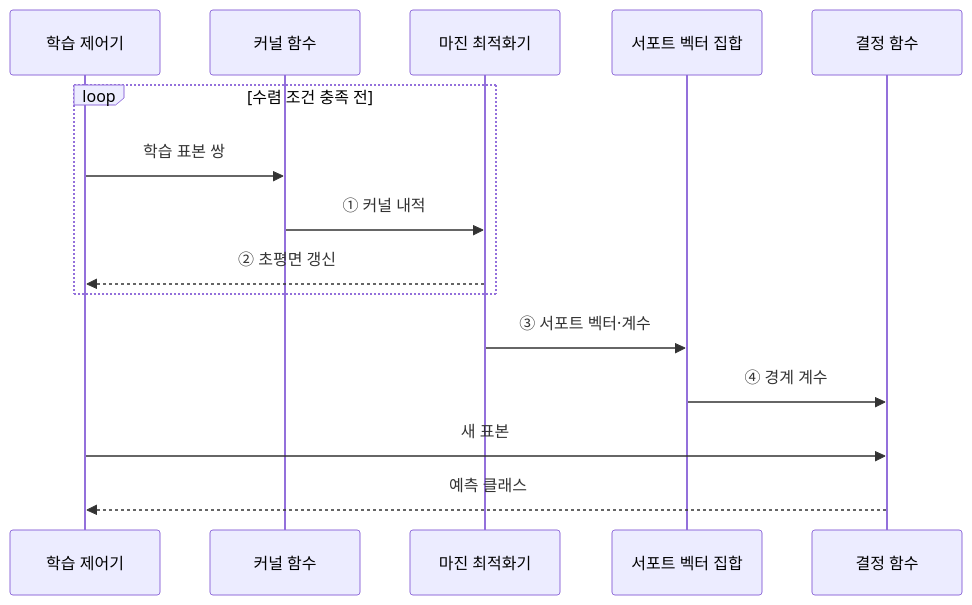
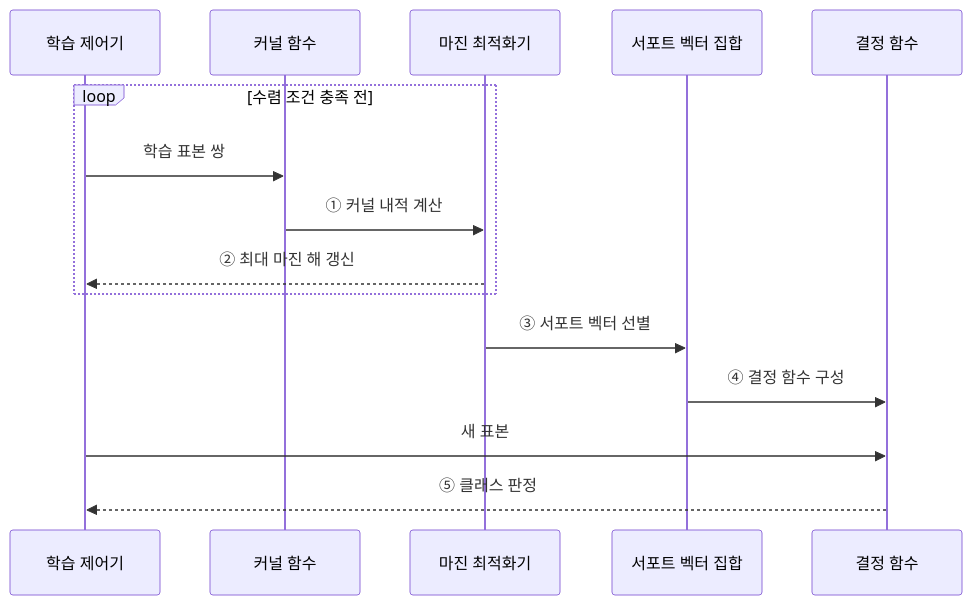
Before and after one commit to agnusdei1207/knowledge-base: the second of 2 diagrams in src/content/docs/notes/01-basic-theory/050_svm.md, drawn with Mermaid. The commit also changed other lines of this file and 19 other files, not shown here.

````diff
--- a/src/content/docs/notes/01-basic-theory/050_svm.md
+++ b/src/content/docs/notes/01-basic-theory/050_svm.md
@@ -84,17 +86,17 @@
 ```mermaid
 sequenceDiagram
     participant T as 학습 제어기
     participant K as 커널 함수
     participant O as 마진 최적화기
     participant S as 서포트 벡터 집합
     participant F as 결정 함수
     loop 수렴 조건 충족 전
         T->>K: 학습 표본 쌍
-        K->>O: ① 커널 내적
-        O-->>T: ② 초평면 갱신
+        K->>O: ① 커널 내적 계산
+        O-->>T: ② 최대 마진 해 갱신
     end
-    O->>S: ③ 서포트 벡터·계수
-    S->>F: ④ 경계 계수
+    O->>S: ③ 서포트 벡터 선별
+    S->>F: ④ 결정 함수 구성
     T->>F: 새 표본
-    F-->>T: 예측 클래스
+    F-->>T: ⑤ 클래스 판정
 ```
````
